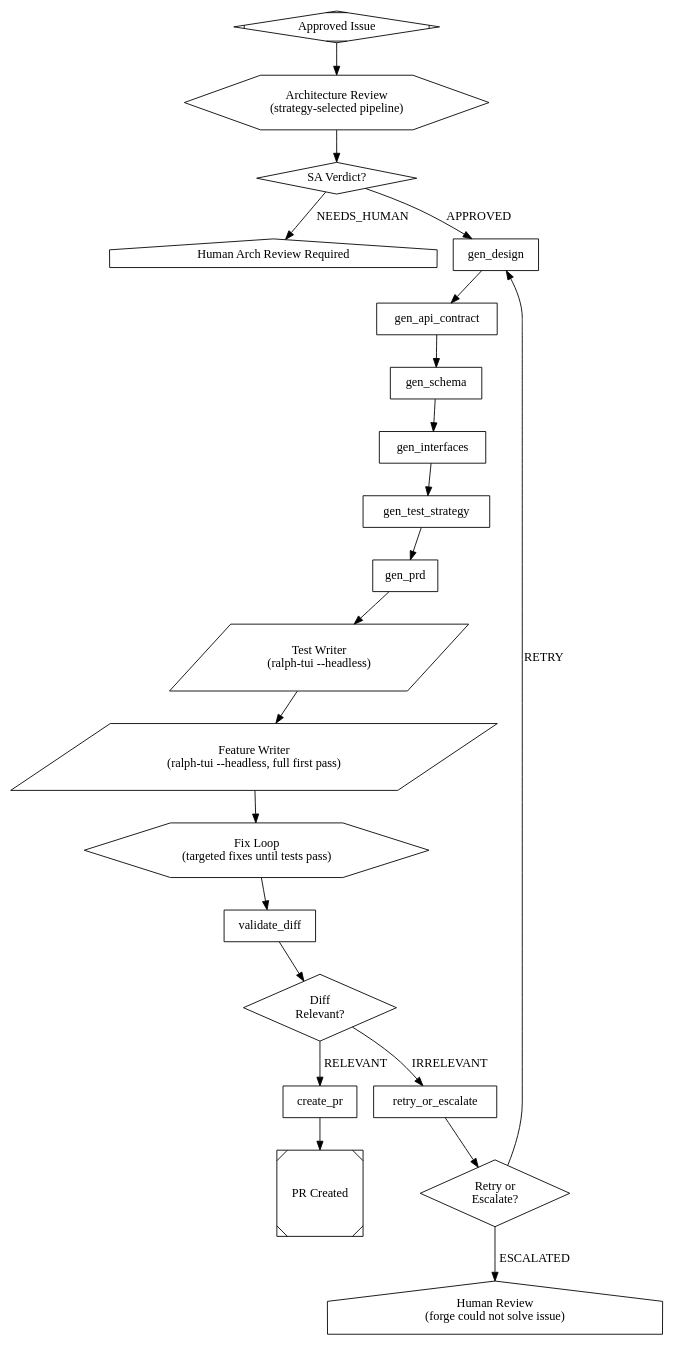
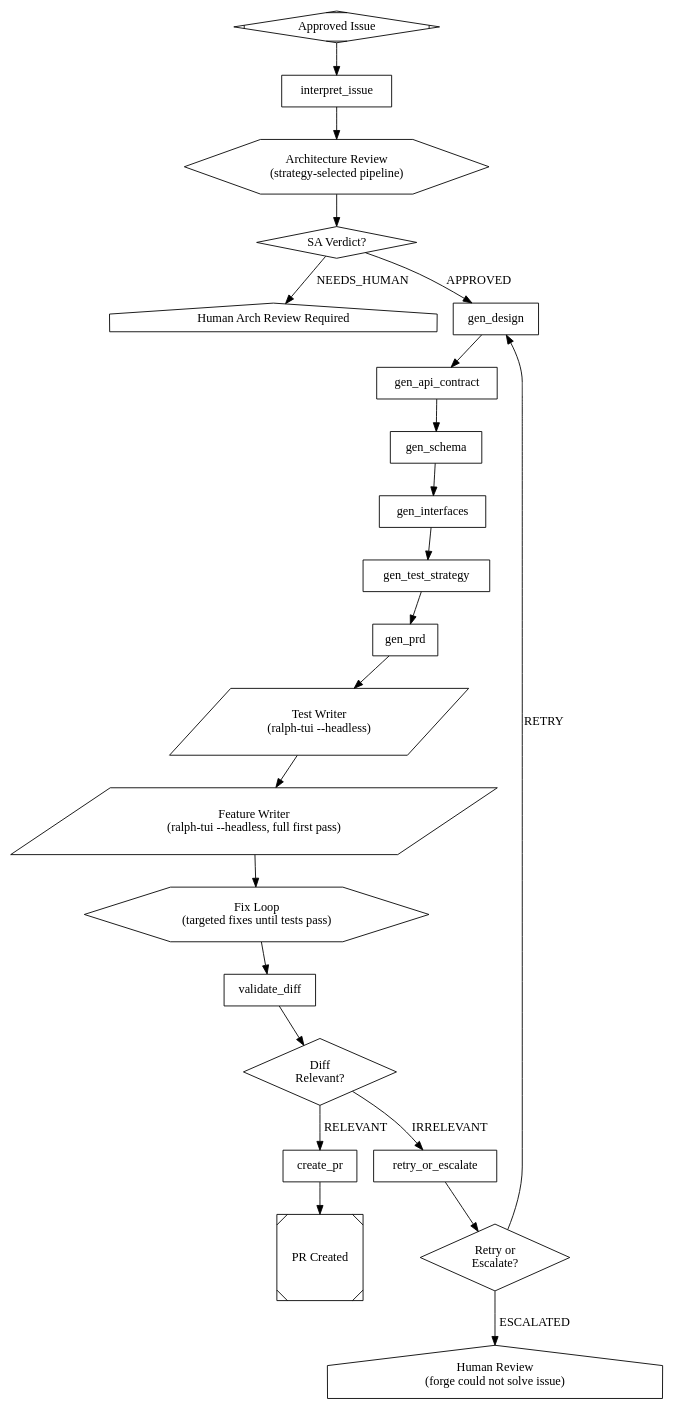
Before and after one commit to ardrodus/dark-fac: the diagram in pipelines/dark_forge.dot, drawn with Graphviz. The commit also changed 10 other files, not shown here.

First line of the commit message:
feat: issue body propagation, feature interpreter, workspace config, POSIX paths

```diff
--- a/pipelines/dark_forge.dot
+++ b/pipelines/dark_forge.dot
@@ -1,164 +1,176 @@
 // Dark Forge: TDD Pipeline
 //
 // The build engine of Dark Factory. Takes an approved issue through
 // spec generation, PRD splitting, and ralph-tui driven TDD execution.
 //
 // Flow:
 //   1. Spec generation: design → api → schema → interfaces → test strategy
 //   2. gen_prd: separates specs into test + feature, generates PRD JSON for each
 //   3. test_writer: ralph-tui run test PRD (completes first)
 //   4. feature_writer_loop: ralph-tui run feature PRD, loop until tests pass
 
 digraph dark_forge {
     graph [
         goal="Transform an approved GitHub issue into merged PRs via spec generation + TDD"
     ]
 
     // --- Entry ---
     start [shape=Mdiamond, label="Approved Issue"]
+
+    // ===========================================
+    // Issue Interpretation
+    //
+    // Translates the raw issue into a clear feature scope so
+    // downstream agents evaluate the right thing.
+    // ===========================================
+
+    interpret_issue [
+        shape=box,
+        prompt="You are:\n$issue_interpreter_agent\n\nIssue:\n$issue\n\nWorkspace: $workspace\n\nExplore $workspace to understand the codebase structure and identify what parts are relevant to this issue.\n\nProduce a feature scope following the format in your instructions.\n\nWrite the feature scope to: $workspace/.dark-factory/specs/$issue_number/feature-scope.md\n\nAlso output the full feature scope as your response."
+    ]
 
     // ===========================================
     // Architecture Review (external pipeline)
     // Currently bypassed for dev testing.
     // ===========================================
 
     arch_review [
         shape=hexagon,
         label="Architecture Review\n(strategy-selected pipeline)",
         child_graph="dark_factory/pipelines/arch_review_${strategy}.dot",
         max_iterations=2,
         max_retries=2
     ]
 
     arch_verdict [shape=diamond, label="SA Verdict?"]
     arch_needs_human [shape=house, label="Human Arch Review Required"]
 
     // ===========================================
     // Specification Generation
     //
     // Sequential spec pipeline: each step builds on the previous.
     // All specs saved to .dark-factory/specs/{issue_number}/
     // ===========================================
 
     gen_design [
         shape=box,
-        prompt="You are the Design Agent. Given this GitHub issue and codebase:\n\nIssue:\n$issue\n\nWorkspace: $workspace\n\nGenerate a Technical Design Document covering:\n- Architecture decisions (with rationale)\n- Component changes (new/modified/removed)\n- Data model changes\n- API changes\n- Risks and mitigations\n\nReference existing codebase patterns from the workspace.\nOutput as structured markdown.\nWrite output to .dark-factory/specs/$issue_number/design.md"
+        prompt="You are:\n$design_agent\n\nIssue:\n$issue\n\nWorkspace: $workspace\n\nGenerate a Technical Design Document for the feature described in the issue.\n\nExplore $workspace to understand existing patterns, frameworks, and conventions.\nYour design must work within the existing codebase — do not invent dependencies.\n\nCover:\n- Architecture decisions (with rationale)\n- Component changes (new/modified/removed) — name exact files\n- Data model changes (or state 'none')\n- API changes (or state 'none')\n- Risks and mitigations\n\nWrite output to .dark-factory/specs/$issue_number/design.md"
     ]
 
     gen_api_contract [
         shape=box,
         prompt="You are the API Contract Generator.\n\nRead the technical design document at: $gen_design_path\n\nAuto-detect the contract type from the codebase at $workspace:\n- OpenAPI for REST APIs\n- GraphQL schema for GraphQL\n- Protobuf for gRPC\n- CLI spec for command-line tools\n\nGenerate the appropriate contract spec with endpoints, request/response schemas, error codes.\nWrite output to .dark-factory/specs/$issue_number/api-contract.yaml"
     ]
 
     gen_schema [
         shape=box,
         prompt="You are the Schema Generator.\n\nRead the technical design document at: $gen_design_path\n\nDetect the database type from the codebase at $workspace (PostgreSQL, MySQL, SQLite, MongoDB, etc.).\nGenerate:\n- DDL for new tables/columns\n- Migration scripts for changes\n- Index recommendations\n\nWrite output to .dark-factory/specs/$issue_number/schema.sql"
     ]
 
     gen_interfaces [
         shape=box,
         prompt="You are the Interface Generator.\n\nRead the technical design document at: $gen_design_path\n\nGenerate language-appropriate typed interface definitions:\n- TypeScript: interfaces/types\n- Python: Protocol classes\n- Go: interfaces\n- Rust: traits\n- Java: interfaces\n\nDetect the language from the codebase at $workspace.\nWrite output to .dark-factory/specs/$issue_number/interfaces/"
     ]
 
     gen_test_strategy [
         shape=box,
         prompt="You are the Test Strategy Generator.\n\nWorkspace: $workspace\n\nRead these artifacts:\n- Design: $gen_design_path\n- API Contract: $gen_api_contract_path\n- Schema: $gen_schema_path\n- Interfaces: $gen_interfaces_path\n\nExplore the existing test suite in $workspace to understand current patterns.\n\nGenerate a test strategy covering:\n- Unit tests: what to test, expected assertions\n- Integration tests: component interactions\n- E2E tests: user-facing flows\n- Fixtures and mocks needed\n- Coverage targets\n- Existing tests that may be affected\n\nWrite output to .dark-factory/specs/$issue_number/test-strategy.md"
     ]
 
     // ===========================================
     // PRD Generation -- Separates into Test + Feature PRDs
     //
     // Reads all spec artifacts, separates test vs feature concerns,
     // then generates ralph-tui PRD JSON for each:
     //   tasks/test-prd.json    -- test PRD (stories for test writer)
     //   tasks/feature-prd.json -- feature PRD (stories for feature writer)
     // ===========================================
 
     gen_prd [
         shape=box,
         prompt="You are the PRD Generator. Your workspace is: $workspace\n\nGitHub Issue:\n$issue\n\nRead all technical spec artifacts:\n- Design: $gen_design_path\n- API Contract: $gen_api_contract_path\n- Schema: $gen_schema_path\n- Interfaces: $gen_interfaces_path\n- Test Strategy: $gen_test_strategy_path\n\nYou must perform these steps:\n\n## Step 1: Separate test vs feature concerns\n\nCreate TWO spec documents:\n- .dark-factory/specs/$issue_number/test-spec.md -- all test-related content: test strategy, acceptance criteria, test cases, fixtures, mocks, coverage targets, edge cases.\n- .dark-factory/specs/$issue_number/feature-spec.md -- all feature/implementation content: architecture, component changes, API endpoints, database schema, interfaces, implementation steps.\n\nBoth documents must be complete and self-contained.\n\n## Step 2: Generate PRD JSON files\n\nFor EACH spec document (test-spec.md and feature-spec.md):\n1. If the document is larger than 22KB, split it into 22KB chunk files under .dark-factory/specs/$issue_number/chunks/test/ (or chunks/feature/)\n2. For each chunk (or the whole doc if small enough), generate a PRD JSON with user stories, acceptance criteria, and dependencies\n3. Merge all chunk PRDs into a single master PRD JSON\n\nWrite the final PRD files to:\n- .dark-factory/specs/$issue_number/tasks/test-prd.json\n- .dark-factory/specs/$issue_number/tasks/feature-prd.json\n\nEach PRD JSON must follow this structure:\n{\n  \"stories\": [\n    {\n      \"title\": \"story title\",\n      \"description\": \"what to implement\",\n      \"acceptance_criteria\": [\"criterion 1\", \"criterion 2\"],\n      \"dependencies\": []\n    }\n  ]\n}\n\nOutput a summary of what you created (file paths and story counts)."
     ]
 
     // ===========================================
     // Execution: TDD — Tests first, then features, then fix loop
     //
     // 1. test_writer: ralph-tui writes all tests from test PRD
     // 2. feature_writer: ralph-tui implements features from full feature PRD (first pass)
     // 3. feature_fix_loop: iterates — analyze failures, create targeted fix PRD,
     //    ralph-tui fixes only what's broken. Exits when all tests pass.
     // ===========================================
 
     test_writer [
         shape=parallelogram,
         label="Test Writer\n(ralph-tui --headless)",
         prompt="cd $workspace && ralph-tui run --prd .dark-factory/specs/$issue_number/tasks/test-prd.json --headless"
     ]
 
     feature_writer [
         shape=parallelogram,
         label="Feature Writer\n(ralph-tui --headless, full first pass)",
         prompt="cd $workspace && ralph-tui run --prd .dark-factory/specs/$issue_number/tasks/feature-prd.json --headless"
     ]
 
     feature_fix_loop [
         shape=hexagon,
         label="Fix Loop\n(targeted fixes until tests pass)",
         child_graph="dark_factory/pipelines/feature_tdd.dot",
         max_iterations=10,
         success_condition="status=completed"
     ]
 
     // ===========================================
     // Diff Validation — verify changes address the issue
     //
     // Before creating a PR, validate that the workspace diff is
     // actually relevant to the issue. Prevents garbage PRs from
     // stale workspace state or failed spec generation.
     // ===========================================
 
     validate_diff [
         shape=box,
         prompt="You are the Dark Forge diff validator.\n\nWorkspace: $workspace\nIssue: $issue\n\nBefore creating a PR, validate that the changes actually address the issue.\n\n1. Run: cd $workspace && git diff --stat\n2. Run: cd $workspace && git diff\n3. Read the issue title and description\n4. For each changed file, assess: does this change contribute to solving the issue?\n5. If the diff is empty, or contains only unrelated changes (internal artifacts, infrastructure, files not mentioned in specs), output IRRELEVANT\n6. If the diff contains meaningful implementation changes that address the issue, output RELEVANT\n\nOutput the single word: RELEVANT or IRRELEVANT"
     ]
 
     diff_verdict [shape=diamond, label="Diff\nRelevant?"]
 
     // On IRRELEVANT: check retry count, either loop back or escalate.
     retry_or_escalate [
         shape=box,
         prompt="You are the Dark Forge retry controller.\n\nWorkspace: $workspace\nIssue: $issue\n\nThe diff validation found the changes do not address the issue.\n\nCheck the retry marker at: $workspace/.dark-factory/specs/$issue_number/retry-count.txt\n\n- If the file does not exist or contains '0': This is the first failure.\n  Write '1' to the retry marker file.\n  Reset the workspace: cd $workspace && git checkout -- . && git clean -fd\n  Output the single word: RETRY\n\n- If the file contains '1' or higher: This is the second failure.\n  Post a comment on the GitHub issue explaining that Dark Factory attempted\n  to solve the issue twice but could not produce relevant code changes.\n  Include what the pipeline tried (read specs from $workspace/.dark-factory/specs/$issue_number/)\n  and why the diff was irrelevant.\n  Run: gh issue comment $issue_number --body '<explanation>'\n  Output the single word: ESCALATED"
     ]
 
     retry_verdict [shape=diamond, label="Retry or\nEscalate?"]
     forge_failed [shape=house, label="Human Review\n(forge could not solve issue)"]
 
     // --- PR Creation ---
     create_pr [
         shape=box,
         prompt="You are the PR creation agent.\n\nWorkspace: $workspace\nIssue: $issue\n\nAll tests pass and the diff has been validated as relevant. Create a pull request.\n\n1. Run: cd $workspace && git diff --name-only to see what changed\n2. Review each changed file — only stage files that implement the feature or fix for issue #$issue_number\n3. Do NOT stage files under .dark-factory/ (these are internal pipeline artifacts)\n4. Do NOT stage files unrelated to the issue\n5. Stage only relevant files: git add <file1> <file2> ...\n6. Create a clear commit: git commit -m 'feat: <description> (#$issue_number)'\n7. Push to a feature branch:\n   git checkout -b feature/$issue_number\n   git push -u origin feature/$issue_number\n8. Create a PR with:\n   - Title referencing the issue\n   - Summary of changes (design decisions, files modified, test coverage)\n   - Link to the original issue\n   - Label: dark-forge\n\nRun in $workspace:\n  gh pr create --title '<description> (#$issue_number)' --label dark-forge\n\nOutput the PR URL."
     ]
 
     done [shape=Msquare, label="PR Created"]
 
     // --- Flow ---
-    // Architecture review first, then spec generation, then TDD execution
-    start -> arch_review -> arch_verdict
+    // Issue interpretation, then arch review, spec generation, TDD execution
+    start -> interpret_issue -> arch_review -> arch_verdict
     arch_verdict -> gen_design [label="APPROVED"]
     arch_verdict -> arch_needs_human [label="NEEDS_HUMAN"]
 
     // Spec generation
     gen_design -> gen_api_contract -> gen_schema -> gen_interfaces -> gen_test_strategy -> gen_prd
 
     // Execute: tests first, full feature pass, targeted fix loop
     gen_prd -> test_writer -> feature_writer -> feature_fix_loop
 
     // Diff validation: verify changes address the issue before PR
     feature_fix_loop -> validate_diff -> diff_verdict
     diff_verdict -> create_pr [label="RELEVANT"]
     diff_verdict -> retry_or_escalate [label="IRRELEVANT"]
     retry_or_escalate -> retry_verdict
     retry_verdict -> gen_design [label="RETRY"]
     retry_verdict -> forge_failed [label="ESCALATED"]
 
     create_pr -> done
 }
```
